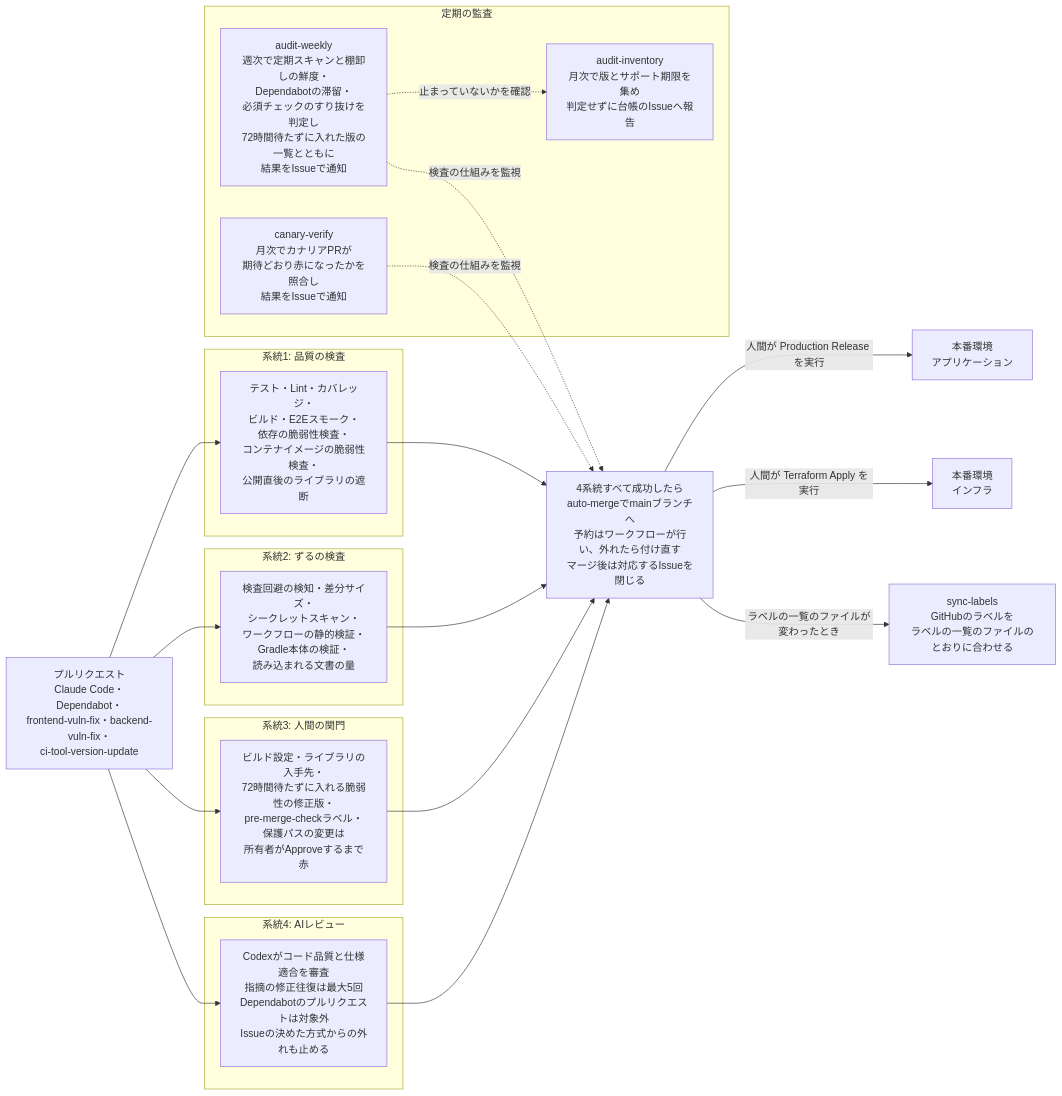
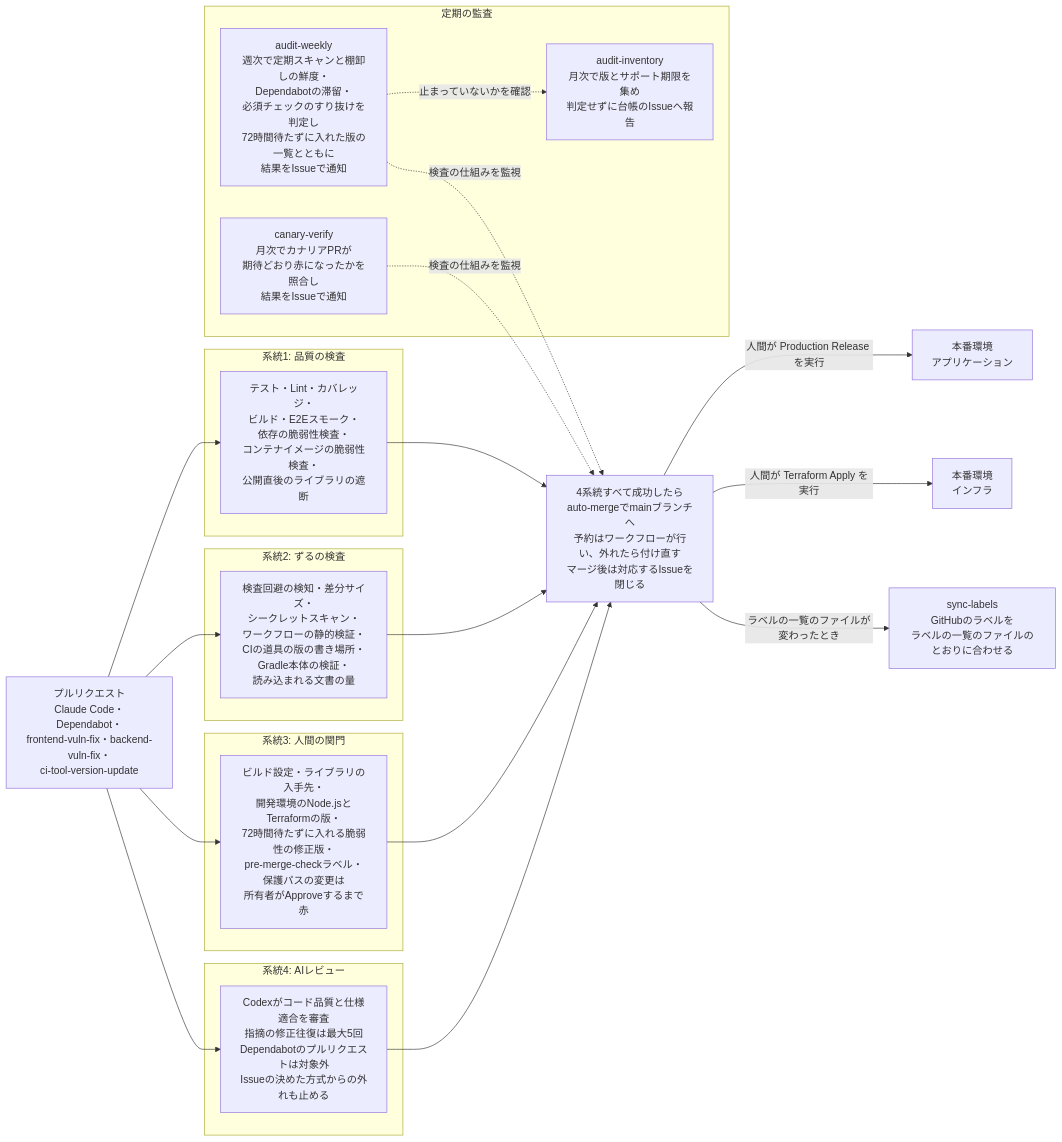
Before and after one commit to DogisRiki/KeirekiPro: the first of 2 diagrams in README.md, drawn with Mermaid. The commit also changed other lines of this file and 3 other files, not shown here.

````diff
--- a/README.md
+++ b/README.md
@@ -53,37 +53,37 @@
 ```mermaid
 flowchart LR
     PR[プルリクエスト<br>Claude Code・Dependabot・<br>frontend-vuln-fix・backend-vuln-fix・<br>ci-tool-version-update]
 
     subgraph s1[系統1: 品質の検査]
         Q[テスト・Lint・カバレッジ・<br>ビルド・E2Eスモーク・<br>依存の脆弱性検査・<br>コンテナイメージの脆弱性検査・<br>公開直後のライブラリの遮断]
     end
     subgraph s2[系統2: ずるの検査]
-        Z[検査回避の検知・差分サイズ・<br>シークレットスキャン・<br>ワークフローの静的検証・<br>Gradle本体の検証・<br>読み込まれる文書の量]
+        Z[検査回避の検知・差分サイズ・<br>シークレットスキャン・<br>ワークフローの静的検証・<br>CIの道具の版の書き場所・<br>Gradle本体の検証・<br>読み込まれる文書の量]
     end
     subgraph s3[系統3: 人間の関門]
-        H[ビルド設定・ライブラリの入手先・<br>72時間待たずに入れる脆弱性の修正版・<br>pre-merge-checkラベル・保護パスの変更は<br>所有者がApproveするまで赤]
+        H[ビルド設定・ライブラリの入手先・<br>開発環境のNode.jsとTerraformの版・<br>72時間待たずに入れる脆弱性の修正版・<br>pre-merge-checkラベル・保護パスの変更は<br>所有者がApproveするまで赤]
     end
     subgraph s4[系統4: AIレビュー]
         A[Codexがコード品質と仕様適合を審査<br>指摘の修正往復は最大5回<br>Dependabotのプルリクエストは対象外<br>Issueの決めた方式からの外れも止める]
     end
 
     PR --> Q
     PR --> Z
     PR --> H
     PR --> A
 
     Q & Z & H & A --> M[4系統すべて成功したら<br>auto-mergeでmainブランチへ<br>予約はワークフローが行い、外れたら付け直す<br>マージ後は対応するIssueを閉じる]
 
     M -->|人間が Production Release を実行| App[本番環境<br>アプリケーション]
     M -->|人間が Terraform Apply を実行| Infra[本番環境<br>インフラ]
     M -->|ラベルの一覧のファイルが変わったとき| Labels[sync-labels<br>GitHubのラベルを<br>ラベルの一覧のファイルのとおりに合わせる]
 
     subgraph s5[定期の監査]
         AW[audit-weekly<br>週次で定期スキャンと棚卸しの鮮度・<br>Dependabotの滞留・<br>必須チェックのすり抜けを判定し<br>72時間待たずに入れた版の一覧とともに<br>結果をIssueで通知]
         CV[canary-verify<br>月次でカナリアPRが<br>期待どおり赤になったかを照合し<br>結果をIssueで通知]
         AI[audit-inventory<br>月次で版とサポート期限を集め<br>判定せずに台帳のIssueへ報告]
     end
 
     AW & CV -.検査の仕組みを監視.-> M
     AW -.止まっていないかを確認.-> AI
 ```
````
